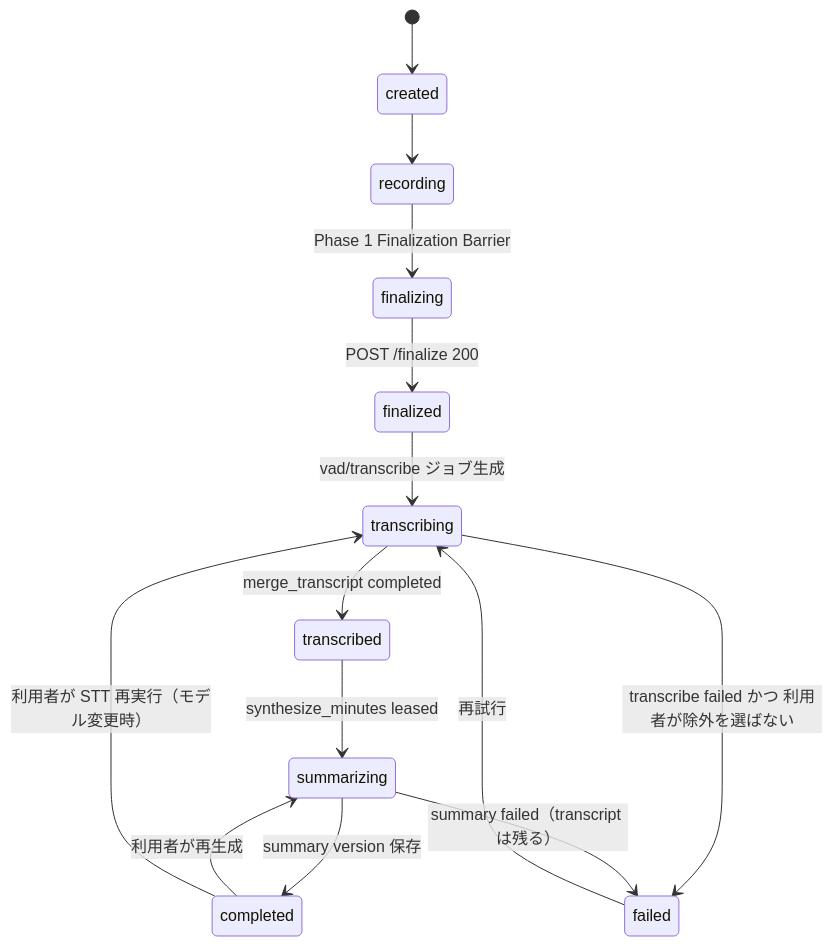
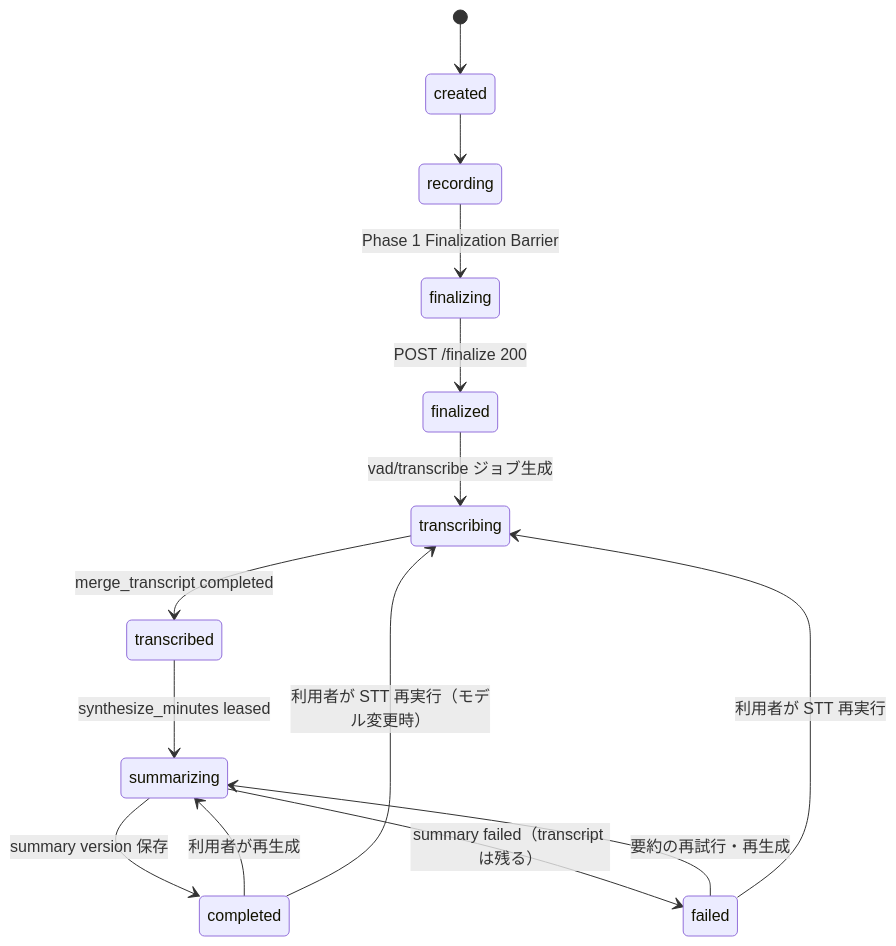
One commit to myoshi2891/Meeting-Minutes-App changed the fifth of 8 diagrams in docs/design-local-phase2.md. Above: the diagram before and after it, drawn with Mermaid. The commit also changed other lines of this file and 2 other files, not shown here.

Commit message:
docs(phase2,phase3): replace transcribe segments and recreate merge job on retry

````diff
--- a/docs/design-local-phase2.md
+++ b/docs/design-local-phase2.md
@@ -677,16 +677,16 @@
 ```mermaid
 stateDiagram-v2
     [*] --> created
     created --> recording
     recording --> finalizing : Phase 1 Finalization Barrier
     finalizing --> finalized : POST /finalize 200
     finalized --> transcribing : vad/transcribe ジョブ生成
     transcribing --> transcribed : merge_transcript completed
     transcribed --> summarizing : synthesize_minutes leased
     summarizing --> completed : summary version 保存
-    transcribing --> failed : transcribe failed かつ 利用者が除外を選ばない
     summarizing --> failed : summary failed（transcript は残る）
-    failed --> transcribing : 再試行
+    failed --> summarizing : 要約の再試行・再生成
+    failed --> transcribing : 利用者が STT 再実行
     completed --> summarizing : 利用者が再生成
     completed --> transcribing : 利用者が STT 再実行（モデル変更時）
 ```
````
